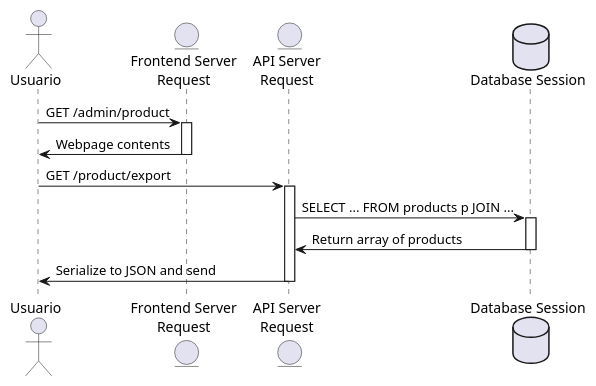
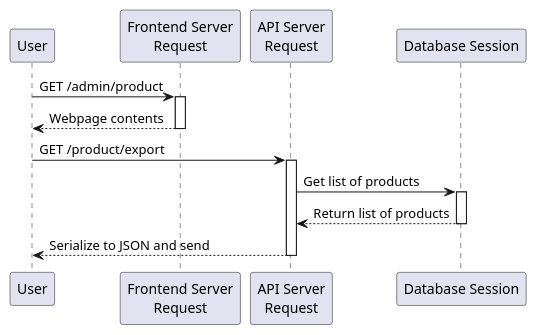
The diagram in uml/requirements/L007.wsd (wuiquique/mycelium-local), drawn with PlantUML before and after one commit. The commit also changed 13 other files, not shown here.

Commit message:
Fix sequence diagrams + convert some others

```diff
--- a/uml/requirements/L007.wsd
+++ b/uml/requirements/L007.wsd
@@ -1,21 +1,21 @@
 @startuml sequence1
 
-actor "Usuario" as user
-entity "Frontend Server\nRequest" as fe
-entity "API Server\nRequest" as api
-database "Database Session" as db
+participant "User" as user
+participant "Frontend Server\nRequest" as fe
+participant "API Server\nRequest" as api
+participant "Database Session" as db
 
 user -> fe : GET /admin/product
 activate fe
-fe -> user : Webpage contents
+user <-- fe : Webpage contents
 deactivate fe
 user -> api : GET /product/export
 activate api
-api -> db : SELECT ... FROM products p JOIN ...
+api -> db : Get list of products
 activate db
-db -> api : Return array of products
+api <-- db : Return list of products
 deactivate db
-api -> user : Serialize to JSON and send
+user <-- api : Serialize to JSON and send
 deactivate api
 
 @enduml
```
